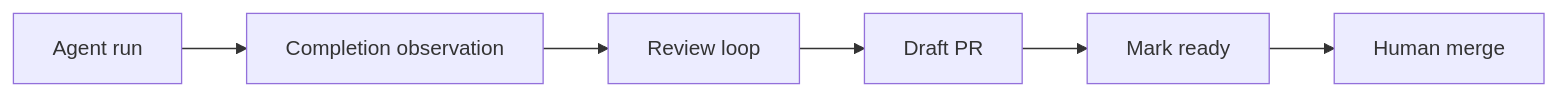
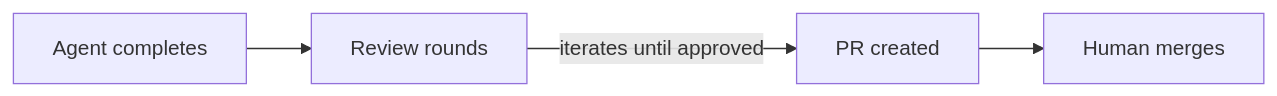
One commit to issue-orchestrator/issue-orchestrator changed the second of 3 diagrams in README.md. Above: the diagram before and after it, drawn with Mermaid. The commit also changed other lines of this file and 16 other files, not shown here.

First line of the commit message:
Docs makeover: rewrite quickstart, add Mermaid diagrams, normalize filenames

````diff
--- a/README.md
+++ b/README.md
@@ -64,8 +69,6 @@
 ```mermaid
 flowchart LR
-  AG[Agent run] --> COMP[Completion observation]
-  COMP --> REV[Review loop]
-  REV --> PR[Draft PR]
-  PR --> READY[Mark ready]
-  READY --> HUMAN[Human merge]
+  AG[Agent completes] --> REV[Review rounds]
+  REV -->|iterates until approved| PR[PR created]
+  PR --> HUMAN[Human merges]
 ```
````
